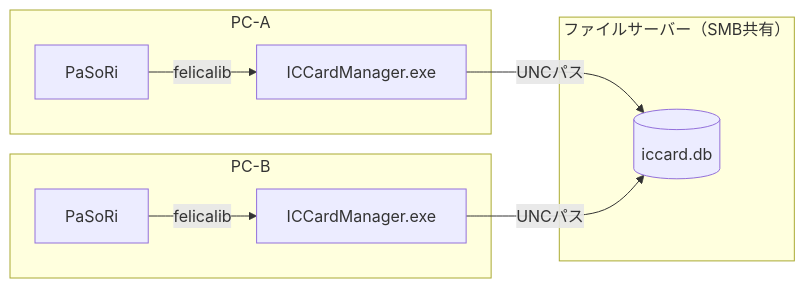
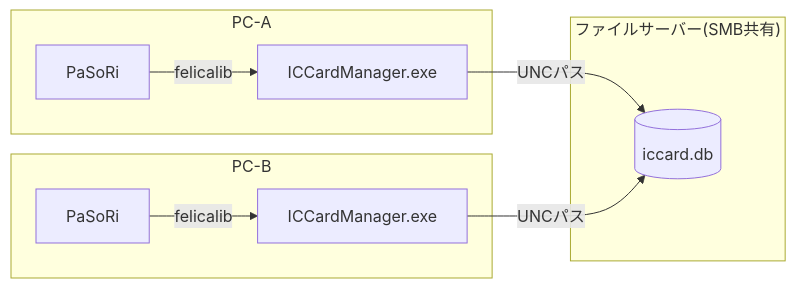
The third of 3 diagrams in ICCardManager/docs/design/01_システム概要設計書.md (kuwayamamasayuki/ICCardManager), drawn with Mermaid before and after one commit. The commit also changed other lines of this file and 9 other files, not shown here.

````diff
--- a/ICCardManager/docs/design/01_システム概要設計書.md
+++ b/ICCardManager/docs/design/01_システム概要設計書.md
@@ -113,21 +146,21 @@
 ```mermaid
 graph LR
     subgraph "PC-A"
         APP_A[ICCardManager.exe]
         PASORI_A[PaSoRi]
     end
 
     subgraph "PC-B"
         APP_B[ICCardManager.exe]
         PASORI_B[PaSoRi]
     end
 
-    subgraph "ファイルサーバー（SMB共有）"
+    subgraph "ファイルサーバー(SMB共有)"
         SHARED_DB[(iccard.db)]
     end
 
     APP_A -->|UNCパス| SHARED_DB
     APP_B -->|UNCパス| SHARED_DB
     PASORI_A -->|felicalib| APP_A
     PASORI_B -->|felicalib| APP_B
 ```
````
